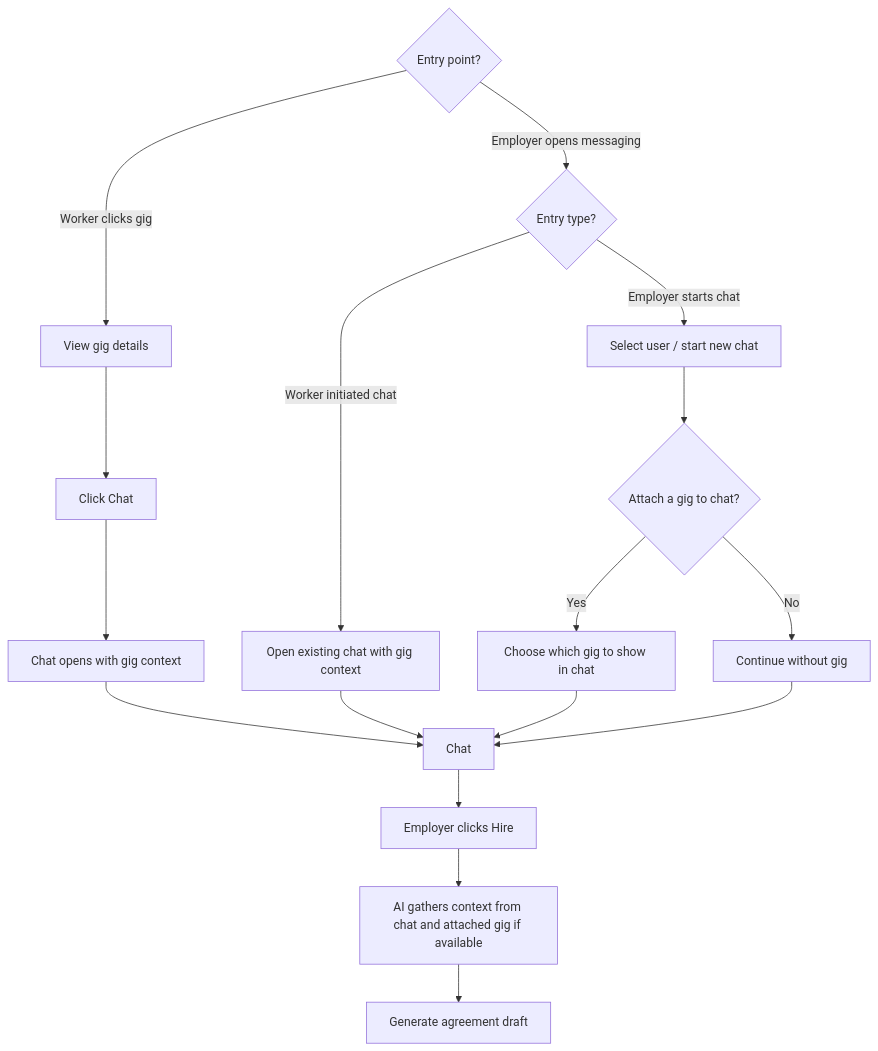
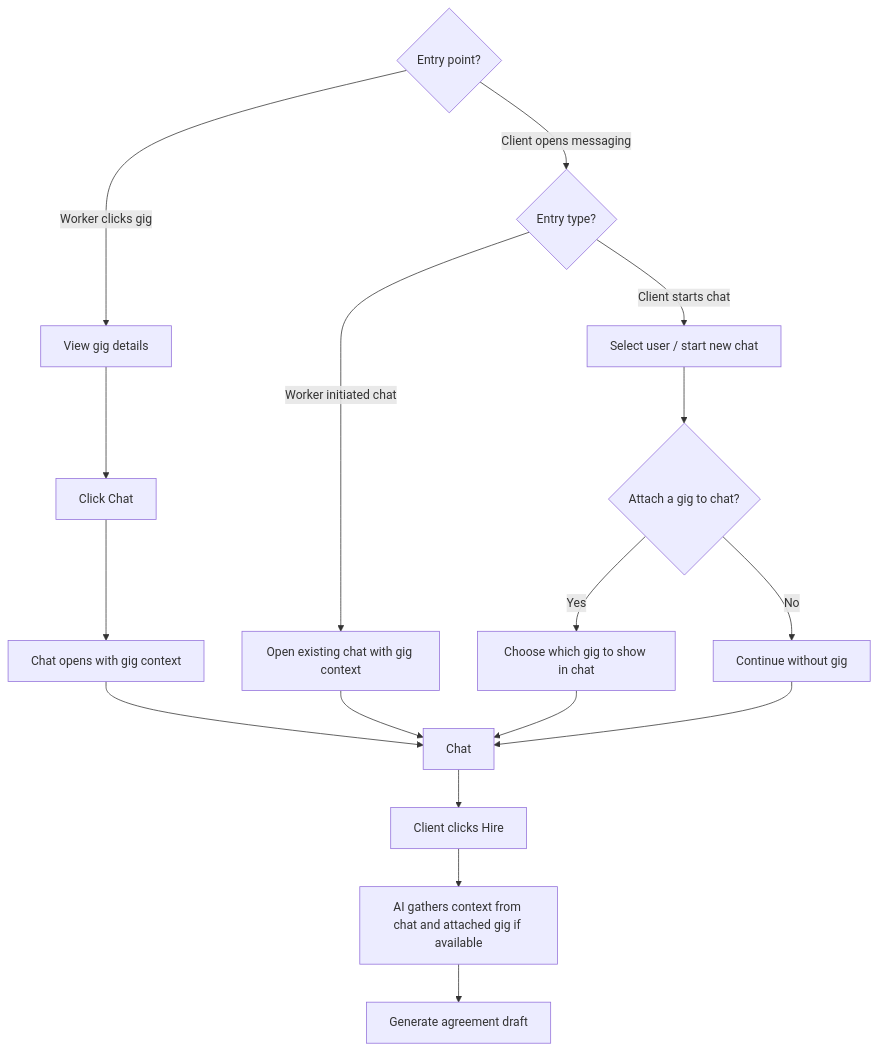
Before and after one commit to janiluuk/giggi: the diagram in docs/journeys/browse-to-hire.md, drawn with Mermaid. The commit also changed other lines of this file and 13 other files, not shown here.

````diff
--- a/docs/journeys/browse-to-hire.md
+++ b/docs/journeys/browse-to-hire.md
@@ -5,25 +5,25 @@
 ```mermaid
 flowchart TD
     A{Entry point?} -->|Worker clicks gig| B[View gig details]
-    A -->|Employer opens messaging| C{Entry type?}
+    A -->|Client opens messaging| C{Entry type?}
 
     B --> D[Click Chat]
     D --> E[Chat opens with gig context]
 
     C -->|Worker initiated chat| F[Open existing chat with gig context]
-    C -->|Employer starts chat| G[Select user / start new chat]
+    C -->|Client starts chat| G[Select user / start new chat]
 
     G --> H{Attach a gig to chat?}
     H -->|Yes| I[Choose which gig to show in chat]
     H -->|No| J[Continue without gig]
 
     E --> K[Chat]
     F --> K
     I --> K
     J --> K
 
-    K --> L[Employer clicks Hire]
+    K --> L[Client clicks Hire]
 
     L --> M[AI gathers context from chat and attached gig if available]
     M --> N[Generate agreement draft]
 ```
````
